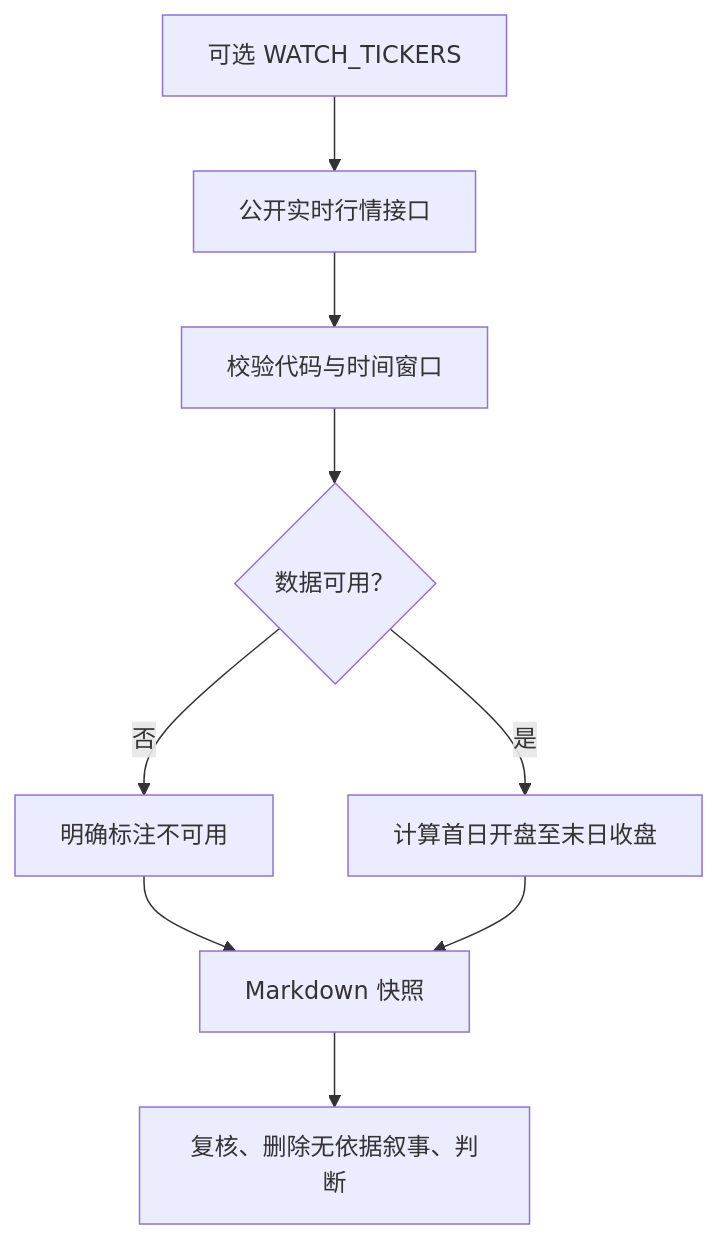
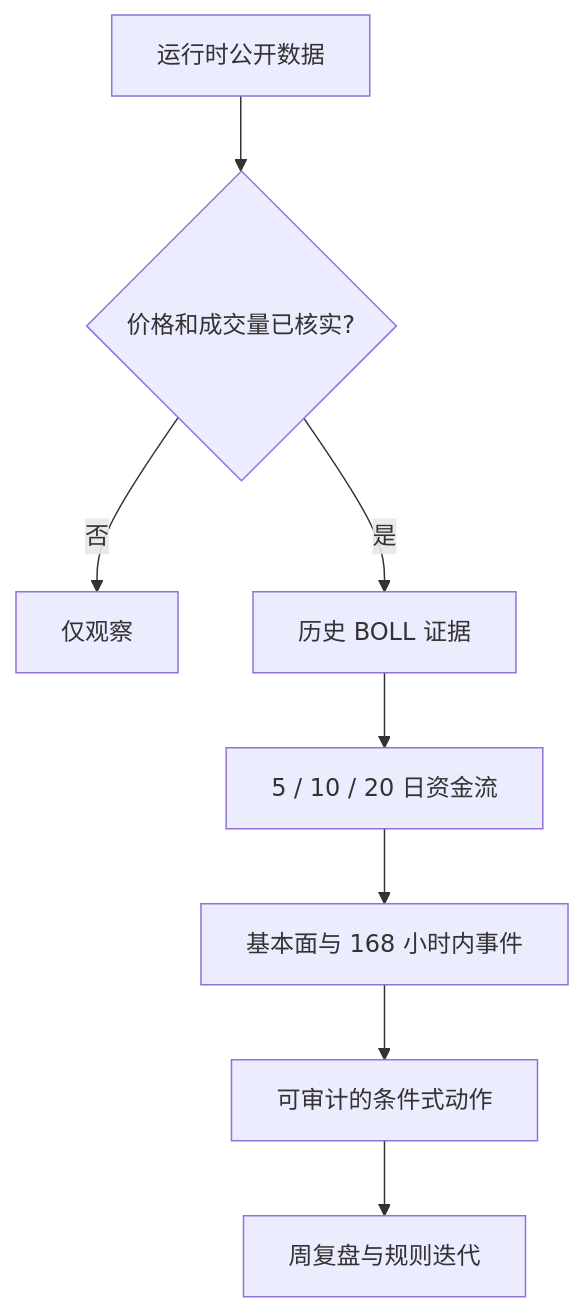
Before and after one commit to marqosjiang-gif/A-Share-Antifragile-Trading-Loop: the diagram in docs/README.zh-CN.md, drawn with Mermaid. The commit also changed other lines of this file and 14 other files, not shown here.

````diff
--- a/docs/README.zh-CN.md
+++ b/docs/README.zh-CN.md
@@ -78,11 +83,10 @@
-~~~mermaid
+```mermaid
 flowchart TD
-    A["可选 WATCH_TICKERS"] --> B["公开实时行情接口"]
-    B --> C["校验代码与时间窗口"]
-    C --> D{"数据可用？"}
-    D -- 否 --> E["明确标注不可用"]
-    D -- 是 --> F["计算首日开盘至末日收盘"]
-    E --> G["Markdown 快照"]
-    F --> G
-    G --> H["复核、删除无依据叙事、判断"]
-~~~
+    A["运行时公开数据"] --> B{"价格和成交量已核实?"}
+    B -- 否 --> C["仅观察"]
+    B -- 是 --> D["历史 BOLL 证据"]
+    D --> E["5 / 10 / 20 日资金流"]
+    E --> F["基本面与 168 小时内事件"]
+    F --> G["可审计的条件式动作"]
+    G --> H["周复盘与规则迭代"]
+```
````
